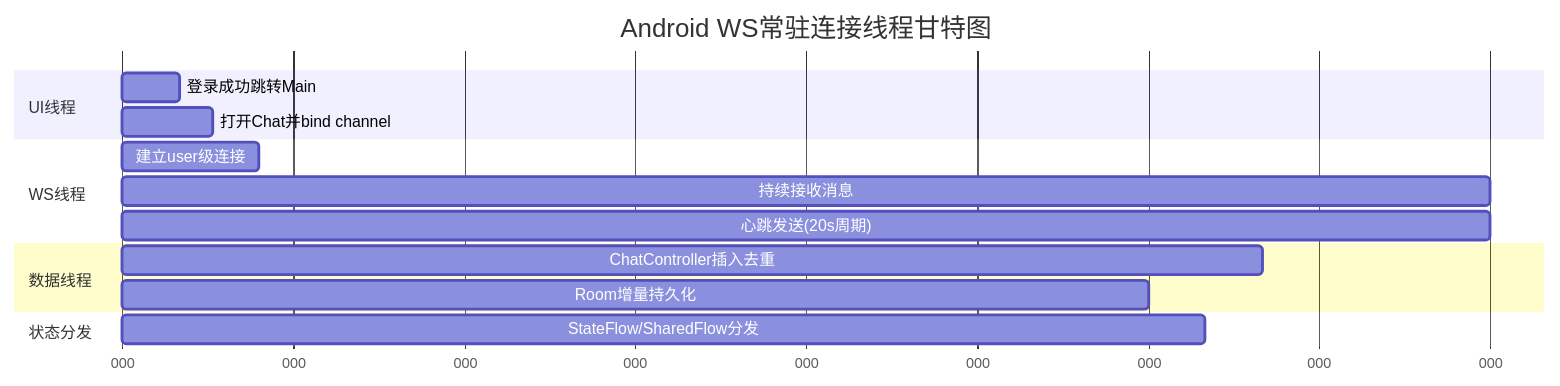
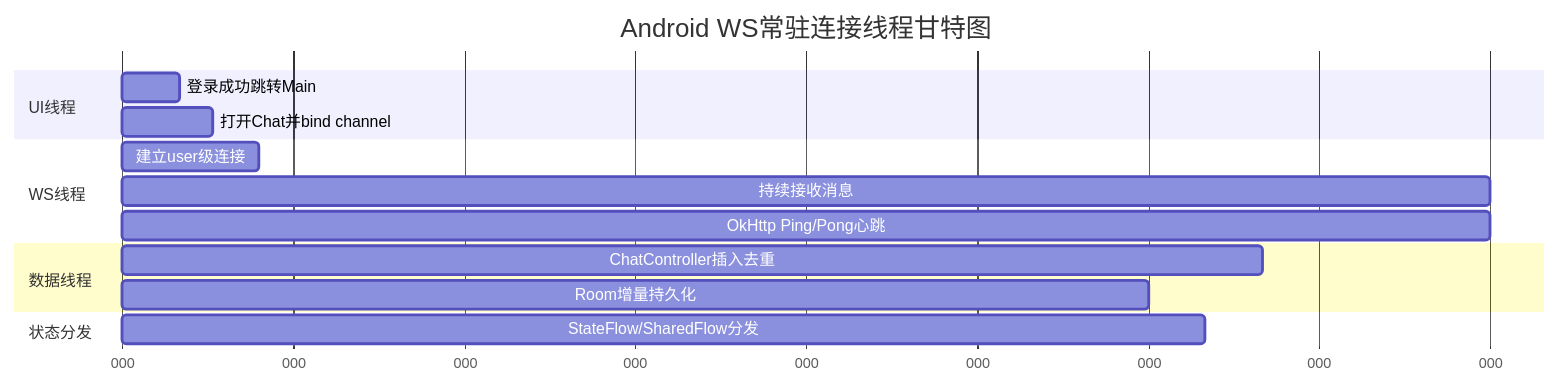
Before and after one commit to nangong918/magic-vector: diagram 35 of 45 in app/android/docs/AndroidDesignDocument.md, drawn with Mermaid. The commit also changed other lines of this file and 13 other files, not shown here.

Commit message:
cursor: 实现RealTimeChatController设计图绘制

````diff
--- a/app/android/docs/AndroidDesignDocument.md
+++ b/app/android/docs/AndroidDesignDocument.md
@@ -989,18 +988,18 @@
 ```mermaid
 gantt
     title Android WS常驻连接线程甘特图
     dateFormat  X
     axisFormat %L
     section UI线程
     登录成功跳转Main              :a1, 0, 5
     打开Chat并bind channel       :a2, 20, 8
     section WS线程
     建立user级连接               :b1, 5, 12
     持续接收消息                 :b2, 17, 120
-    心跳发送(20s周期)            :b3, 17, 120
+    OkHttp Ping/Pong心跳          :b3, 17, 120
     section 数据线程
     ChatController插入去重       :c1, 25, 100
     Room增量持久化               :c2, 30, 90
     section 状态分发
     StateFlow/SharedFlow分发     :d1, 26, 95
 ```
````
